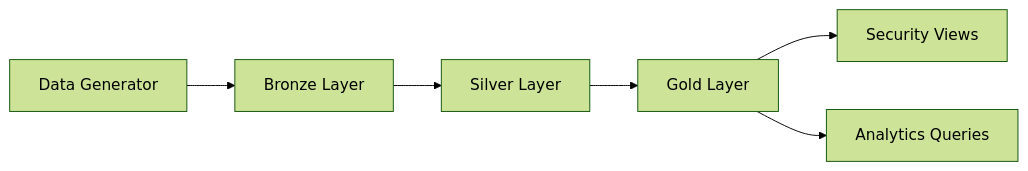
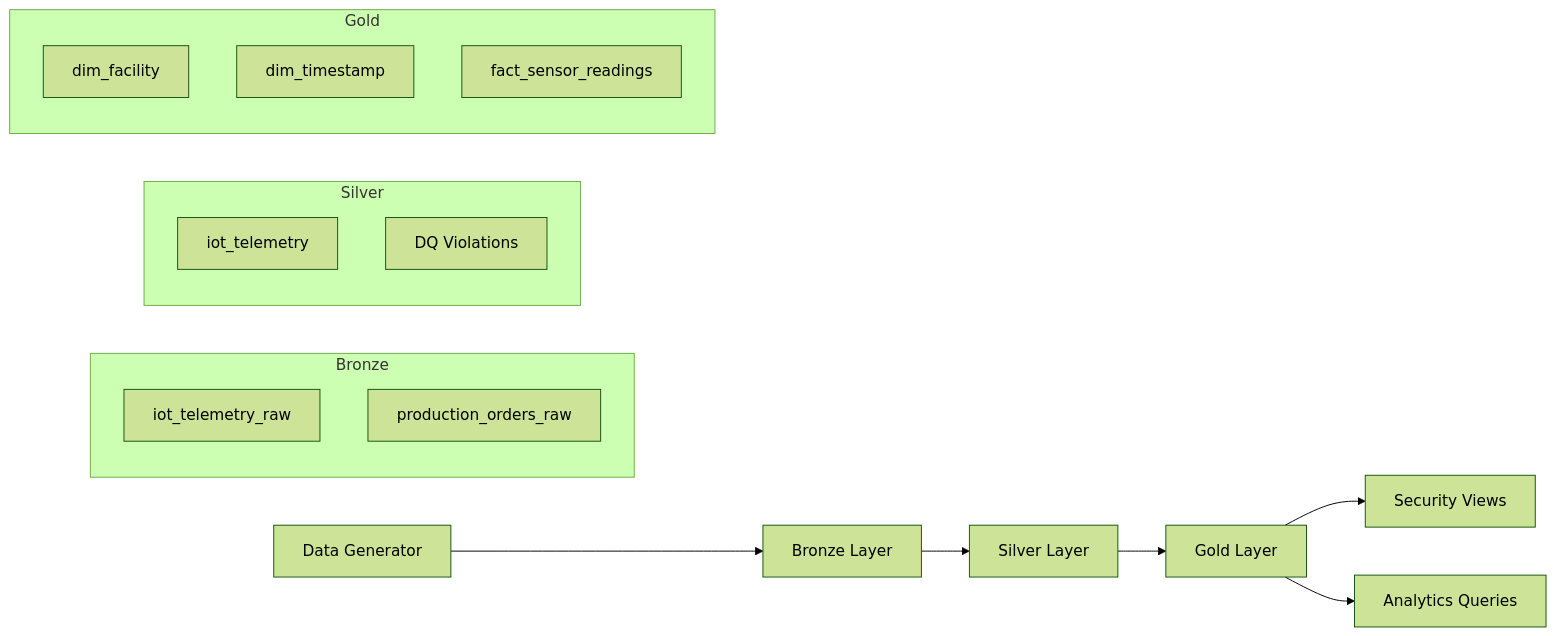
The diagram in readme.md (DevashishK26/Sync-Intern), drawn with Mermaid (forest theme) before and after one commit. The commit also changed other lines of this file, not shown here.

````diff
--- a/readme.md
+++ b/readme.md
@@ -61,8 +397,24 @@
 ```mermaid
 graph LR
-    A[Data Generator] --> B[Bronze Layer]
-    B --> C[Silver Layer]
-    C --> D[Gold Layer]
-    D --> E[Security Views]
-    D --> F[Analytics Queries]
+  A[Data Generator] --> B[Bronze Layer]
+  B --> C[Silver Layer]
+  C --> D[Gold Layer]
+  D --> E[Security Views]
+  D --> F[Analytics Queries]
+
+  subgraph Bronze
+    B1[iot_telemetry_raw]
+    B2[production_orders_raw]
+  end
+
+  subgraph Silver
+    C1[iot_telemetry]
+    C2[DQ Violations]
+  end
+
+  subgraph Gold
+    D1[dim_facility]
+    D2[dim_timestamp]
+    D3[fact_sensor_readings]
+  end
 ```
````
